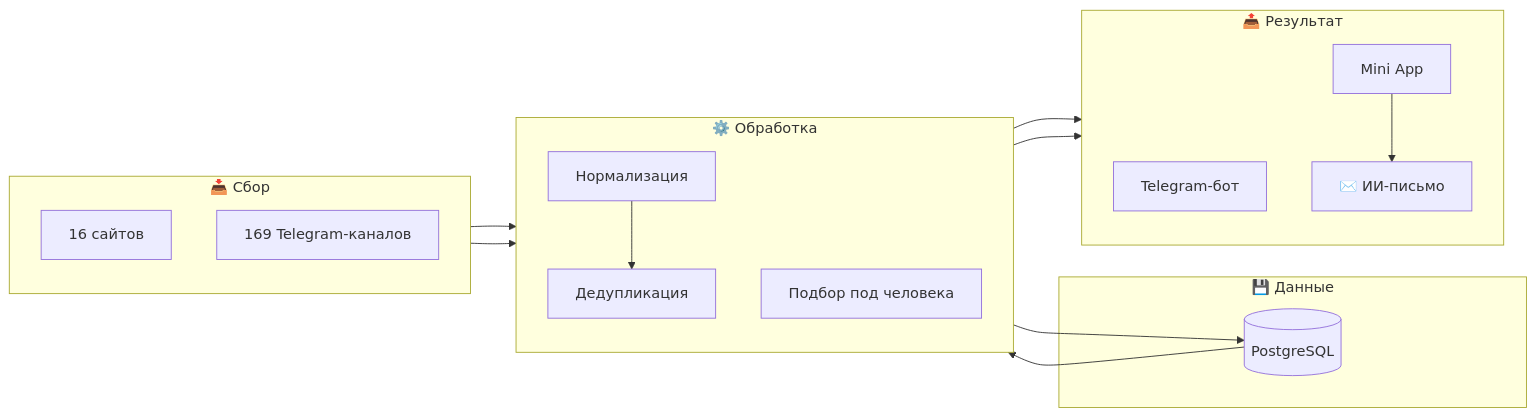
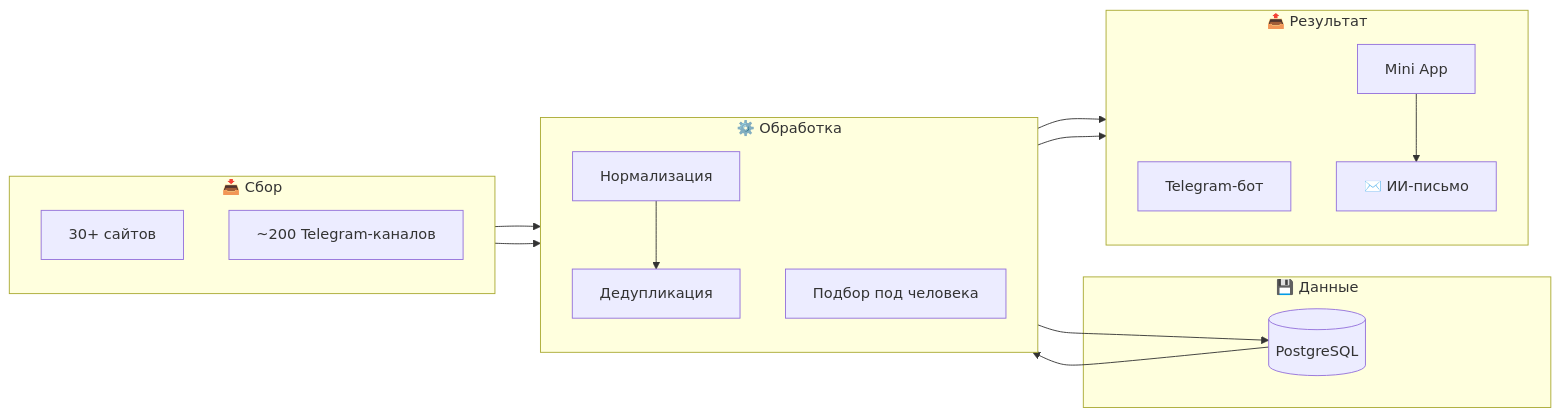
Before and after one commit to sonyfrid/job-aggregator-showcase: the diagram in README.md, drawn with Mermaid. The commit also changed other lines of this file and 3 other files, not shown here.

Commit message:
README: актуальные цифры (30+ сайтов, ~200 каналов, 544 теста) и новый первый вход

````diff
--- a/README.md
+++ b/README.md
@@ -84,33 +96,33 @@
 ```mermaid
 flowchart LR
     subgraph INPUT["📥 Сбор"]
         direction TB
-        SITES[16 сайтов]
-        TG[169 Telegram-каналов]
+        SITES[30+ сайтов]
+        TG[~200 Telegram-каналов]
     end
 
     subgraph PROCESS["⚙️ Обработка"]
         direction TB
         N[Нормализация]
         D[Дедупликация]
         M[Подбор под человека]
     end
 
     subgraph DATA["💾 Данные"]
         DB[(PostgreSQL)]
     end
 
     subgraph OUTPUT["📤 Результат"]
         direction TB
         BOT[Telegram-бот]
         APP[Mini App]
         AI[✉️ ИИ-письмо]
     end
 
     SITES --> N
     TG --> N
     N --> D --> DB --> M
     M --> BOT
     M --> APP
     APP --> AI
 ```
````
